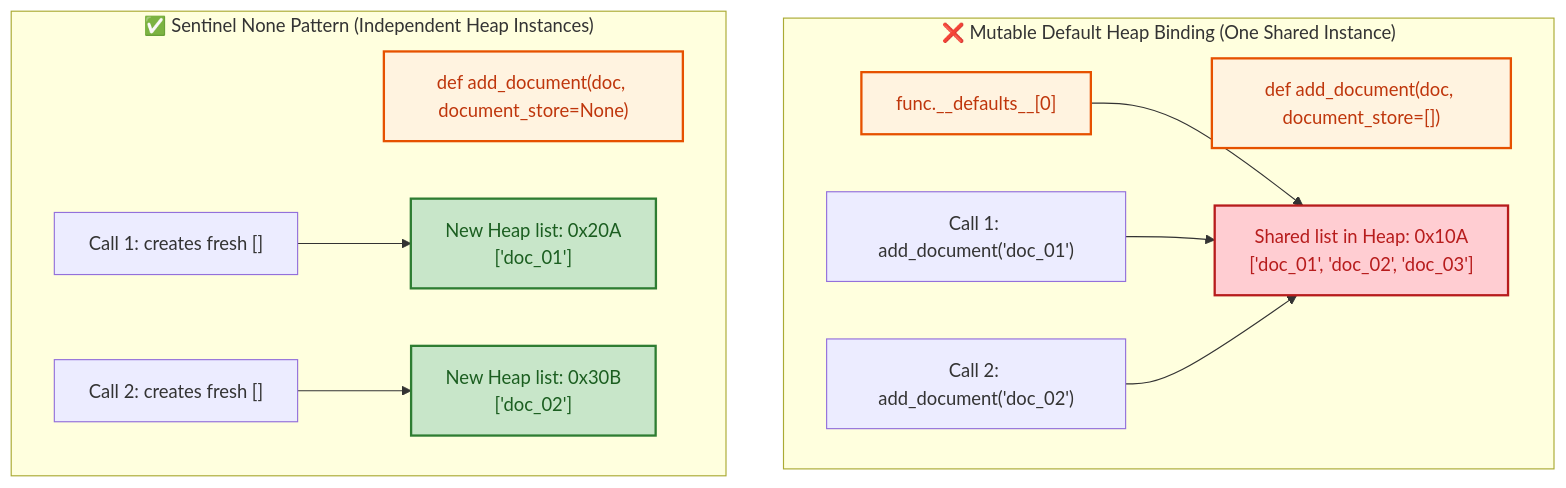
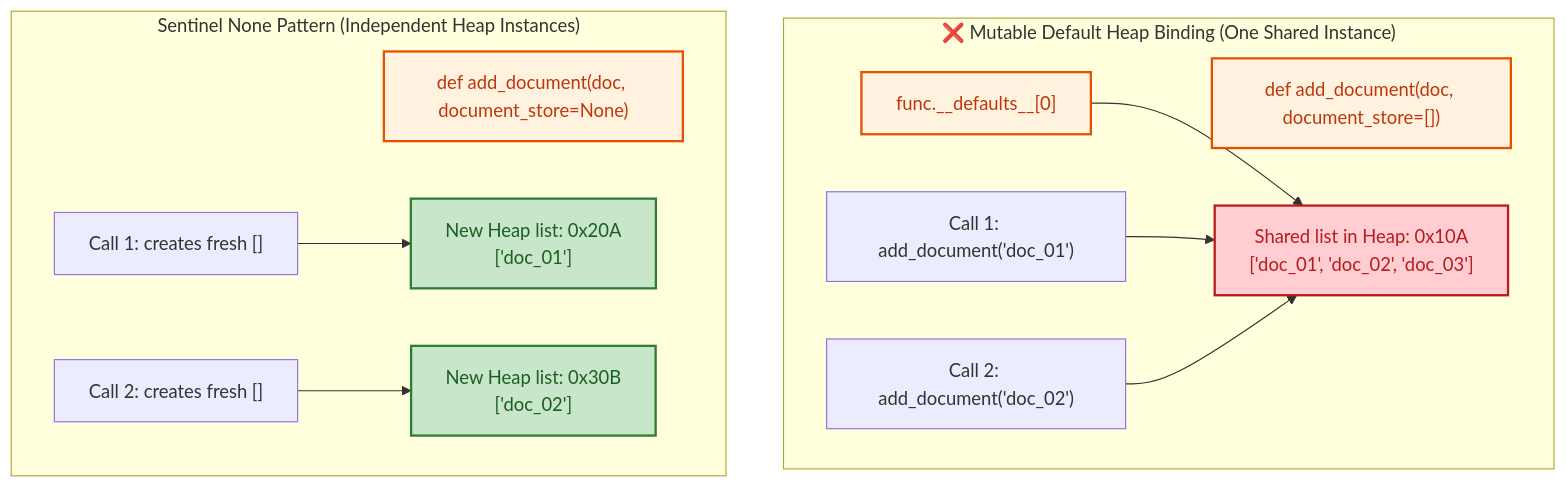
Before and after one commit to githubchecker/personal: the second of 3 diagrams in notes/NotionExport/AI/AI-Learinig-Path/Phase 0 - Foundations/Phase 0.1 - Python/07 Functions.md, drawn with Mermaid. The commit also changed other lines of this file and 24 other files, not shown here.

````diff
--- a/notes/NotionExport/AI/AI-Learinig-Path/Phase 0 - Foundations/Phase 0.1 - Python/07 Functions.md
+++ b/notes/NotionExport/AI/AI-Learinig-Path/Phase 0 - Foundations/Phase 0.1 - Python/07 Functions.md
@@ -283,19 +291,19 @@
 ```mermaid
 flowchart TD
     classDef defScope fill:#FFF3E0,stroke:#E65100,stroke-width:2px,color:#BF360C;
     classDef memObj fill:#FFCDD2,stroke:#B71C1C,stroke-width:2px,color:#B71C1C;
     classDef safeObj fill:#C8E6C9,stroke:#2E7D32,stroke-width:2px,color:#1B5E20;
 
     subgraph Trap["❌ Mutable Default Heap Binding (One Shared Instance)"]
         DefTime["def add_document(doc, document_store=[])"]:::defScope
         FuncDefaults["func.__defaults__[0]"]:::defScope --> SharedList["Shared list in Heap: 0x10A<br/>['doc_01', 'doc_02', 'doc_03']"]:::memObj
         Call1["Call 1: add_document('doc_01')"] --> SharedList
         Call2["Call 2: add_document('doc_02')"] --> SharedList
     end
 
-    subgraph Safe["✅ Sentinel None Pattern (Independent Heap Instances)"]
+    subgraph Safe["Sentinel None Pattern (Independent Heap Instances)"]
         SafeDef["def add_document(doc, document_store=None)"]:::defScope
         CallSafe1["Call 1: creates fresh []"] --> Fresh1["New Heap list: 0x20A<br/>['doc_01']"]:::safeObj
         CallSafe2["Call 2: creates fresh []"] --> Fresh2["New Heap list: 0x30B<br/>['doc_02']"]:::safeObj
     end
 ```
````
